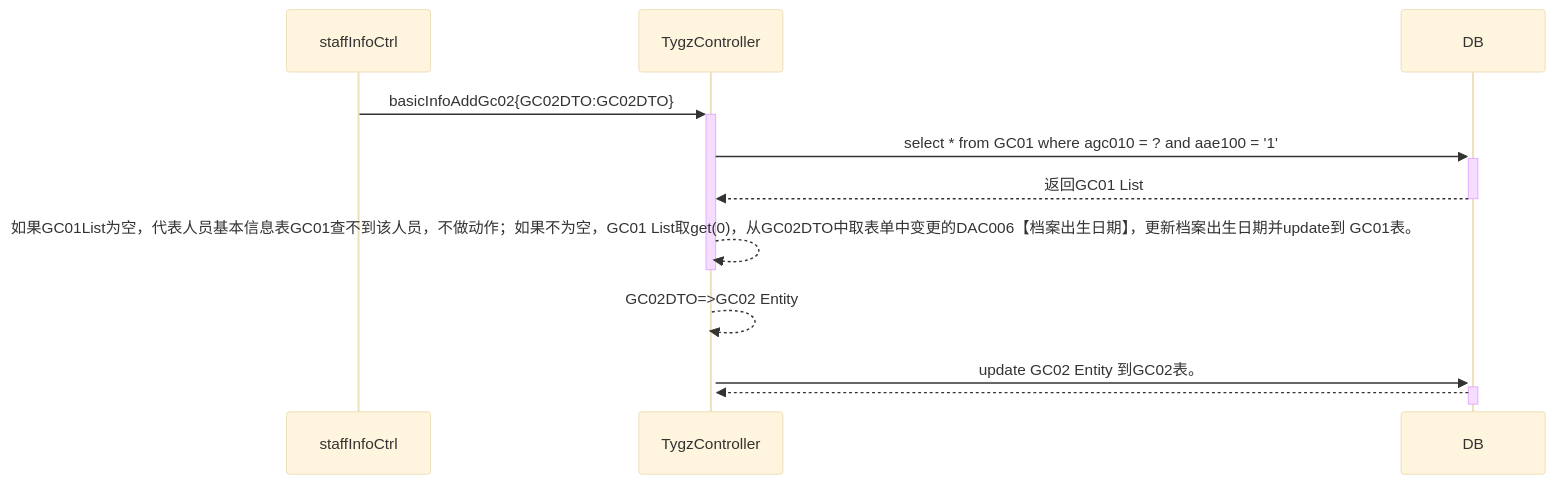
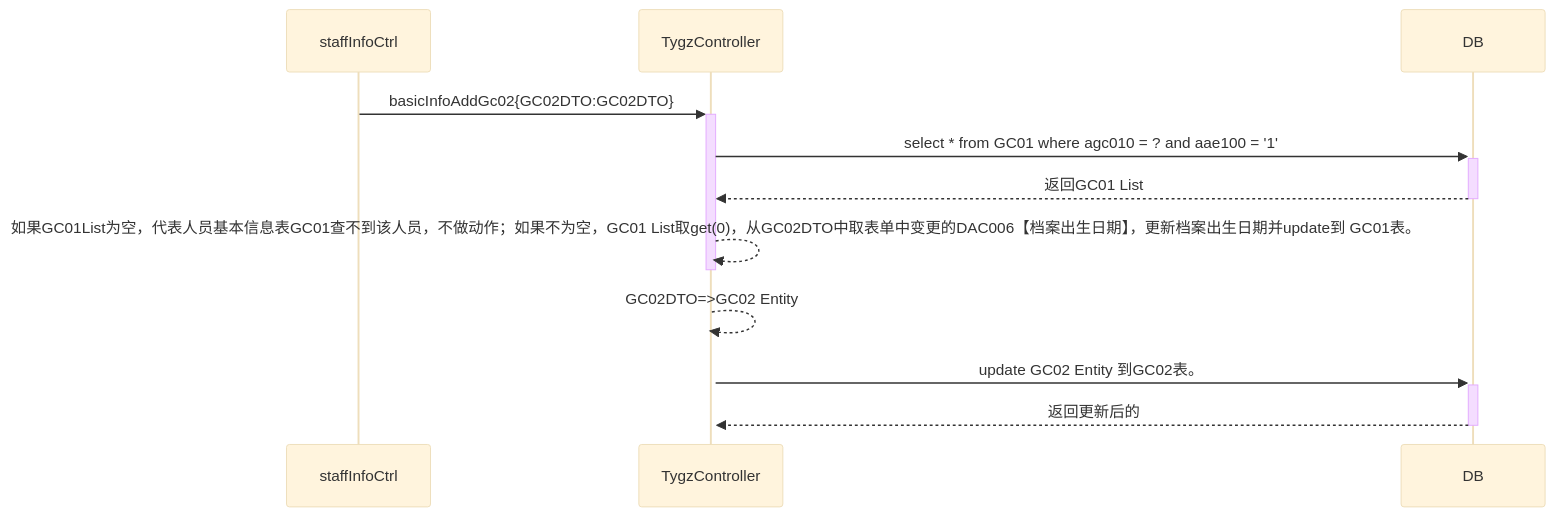
Before and after one commit to ZhangJianBeiJing/iodraw-files: the diagram in all/未命名-1.md, drawn with Mermaid (base theme).

Commit message:
2025-03-24 17:55:23 update

````diff
--- a/all/未命名-1.md
+++ b/all/未命名-1.md
@@ -1,12 +1,12 @@
 ```mermaid
 sequenceDiagram
     staffInfoCtrl->>+TygzController:basicInfoAddGc02{GC02DTO:GC02DTO}
     TygzController->>+DB:select * from GC01 where agc010 = ? and aae100 = '1'
     DB-->>-TygzController:返回GC01 List
     TygzController-->>-TygzController:如果GC01List为空，代表人员基本信息表GC01查不到该人员，不做动作；如果不为空，GC01 List取get(0)，从GC02DTO中取表单中变更的DAC006【档案出生日期】，更新档案出生日期并update到 GC01表。
     TygzController-->>+TygzController:GC02DTO=>GC02 Entity
     TygzController->>+DB:update GC02 Entity 到GC02表。
-    DB-->>-TygzController:
+    DB-->>-TygzController:返回更新后的
 
 
 ```
````
